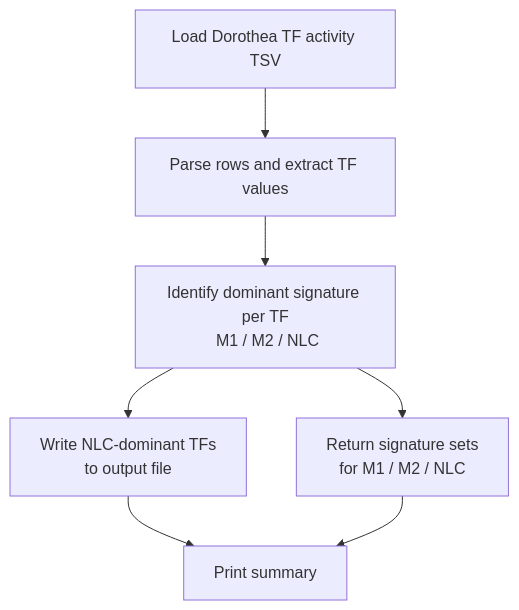
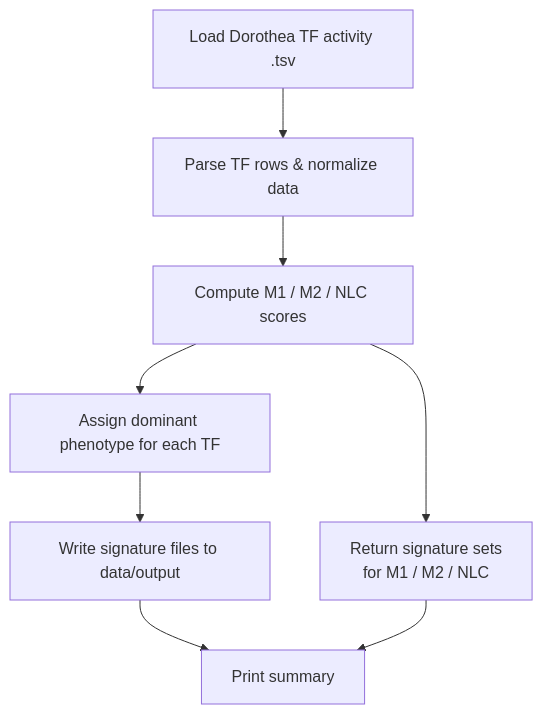
The diagram in CV/04_Postdoc_INSERM/02_BooleanModel/README.md (Ninouchkaia/portfolio), drawn with Mermaid before and after one commit. The commit also changed other lines of this file, not shown here.

````diff
--- a/CV/04_Postdoc_INSERM/02_BooleanModel/README.md
+++ b/CV/04_Postdoc_INSERM/02_BooleanModel/README.md
@@ -9,10 +80,11 @@
 ```mermaid
 flowchart TD
 
-    A[Load Dorothea TF activity TSV] --> B[Parse rows and extract TF values]
-    B --> C[Identify dominant signature per TF<br> M1 / M2 / NLC]
-    C --> D[Write NLC-dominant TFs<br>to output file]
-    C --> E[Return signature sets<br>for M1 / M2 / NLC]
-    D --> F[Print summary]
-    E --> F
+    A[Load Dorothea TF activity .tsv] --> B[Parse TF rows & normalize data]
+    B --> C[Compute M1 / M2 / NLC scores]
+    C --> D[Assign dominant phenotype for each TF]
+    D --> E[Write signature files to data/output]
+    C --> F[Return signature sets<br>for M1 / M2 / NLC]
+    E --> G[Print summary]
+    F --> G
 ```
````
